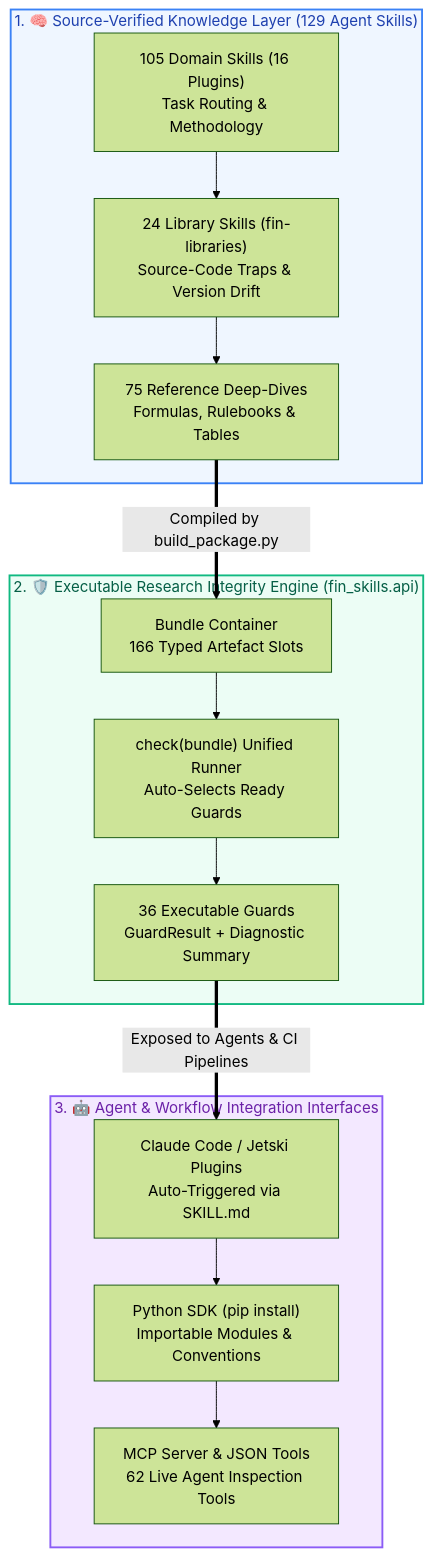
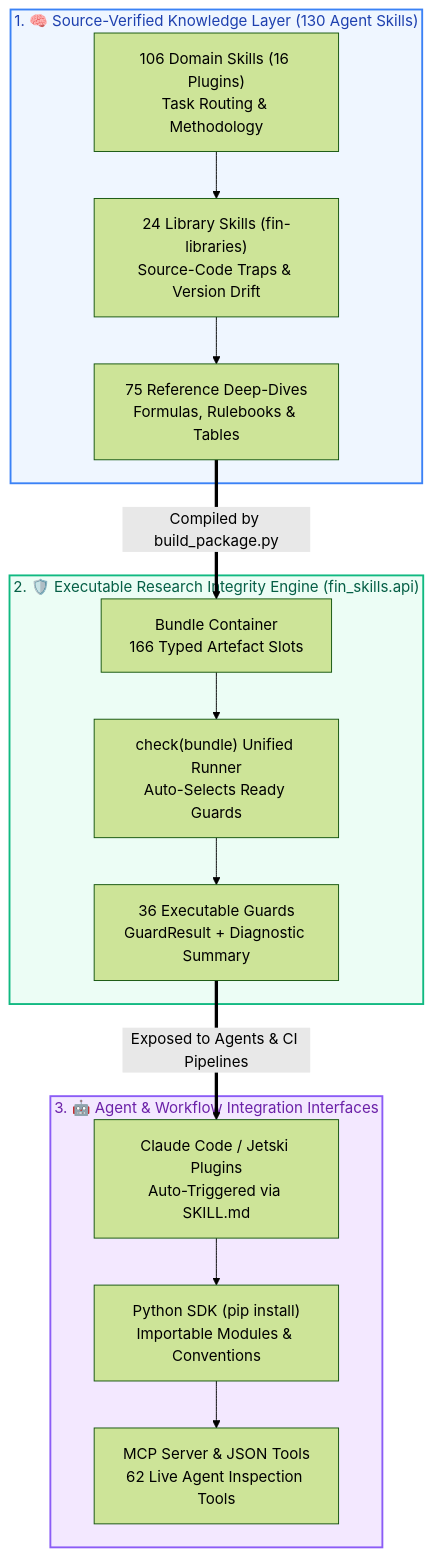
The diagram in README.md (howard-lynn-ye/Fin-RSI), drawn with Mermaid (forest theme) before and after one commit. The commit also changed other lines of this file and 10 other files, not shown here.

````diff
--- a/README.md
+++ b/README.md
@@ -76,21 +76,21 @@
 ```mermaid
 flowchart TD
-    subgraph TIER1 ["1. 🧠 Source-Verified Knowledge Layer (129 Agent Skills)"]
-        D1["105 Domain Skills (16 Plugins)<br/>Task Routing & Methodology"] --> D2["24 Library Skills (fin-libraries)<br/>Source-Code Traps & Version Drift"] --> D3["75 Reference Deep-Dives<br/>Formulas, Rulebooks & Tables"]
+    subgraph TIER1 ["1. 🧠 Source-Verified Knowledge Layer (130 Agent Skills)"]
+        D1["106 Domain Skills (16 Plugins)<br/>Task Routing & Methodology"] --> D2["24 Library Skills (fin-libraries)<br/>Source-Code Traps & Version Drift"] --> D3["75 Reference Deep-Dives<br/>Formulas, Rulebooks & Tables"]
     end
 
     subgraph TIER2 ["2. 🛡️ Executable Research Integrity Engine (fin_skills.api)"]
         E1["Bundle Container<br/>166 Typed Artefact Slots"] --> E2["check(bundle) Unified Runner<br/>Auto-Selects Ready Guards"] --> E3["36 Executable Guards<br/>GuardResult + Diagnostic Summary"]
     end
 
     subgraph TIER3 ["3. 🤖 Agent & Workflow Integration Interfaces"]
         I1["Claude Code / Jetski Plugins<br/>Auto-Triggered via SKILL.md"] --> I2["Python SDK (pip install)<br/>Importable Modules & Conventions"] --> I3["MCP Server & JSON Tools<br/>62 Live Agent Inspection Tools"]
     end
 
     D3 ==>|Compiled by build_package.py| E1
     E3 ==>|Exposed to Agents & CI Pipelines| I1
 
     style TIER1 fill:#eff6ff,stroke:#3b82f6,stroke-width:2px,color:#1e40af
     style TIER2 fill:#ecfdf5,stroke:#10b981,stroke-width:2px,color:#065f46
     style TIER3 fill:#f3e8ff,stroke:#8b5cf6,stroke-width:2px,color:#6b21a8
 ```
````
